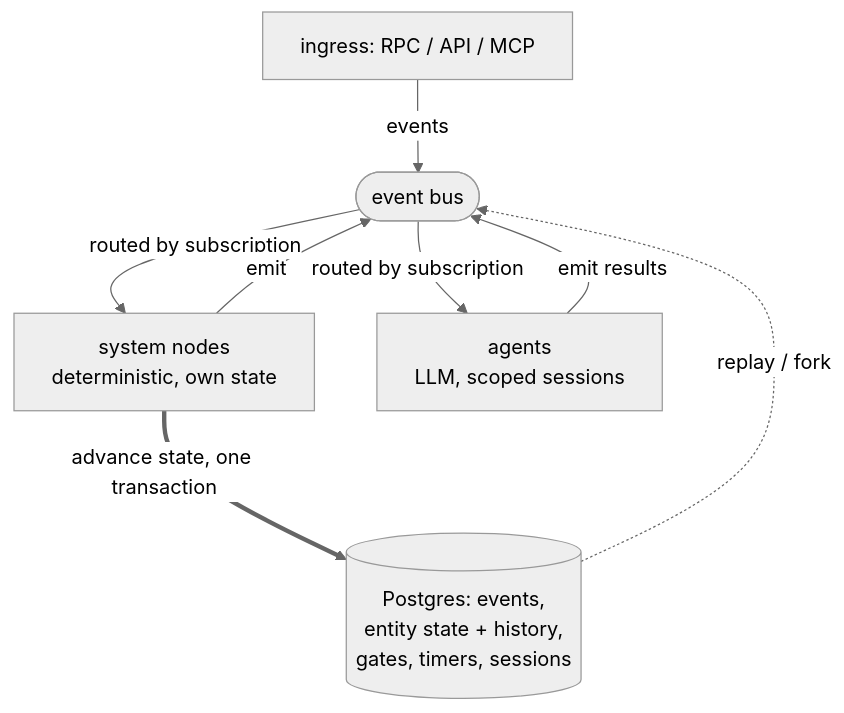
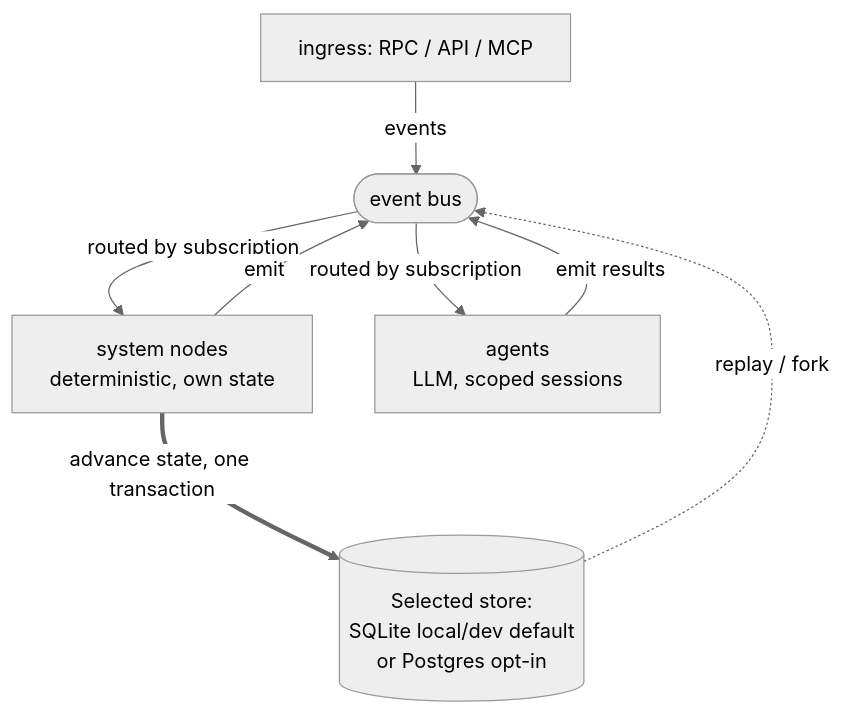
One commit to division-sh/swarm changed the diagram in README.md. Above: the diagram before and after it, drawn with Mermaid (neutral theme). The commit also changed other lines of this file and 3 other files, not shown here.

Commit message:
docs: close sqlite default rollout proof

````diff
--- a/README.md
+++ b/README.md
@@ -259,10 +287,10 @@
 ```mermaid
 flowchart TB
     ING["ingress: RPC / API / MCP"] -->|events| BUS(["event bus"])
     BUS -->|"routed by subscription"| SN["system nodes<br/>deterministic, own state"]
     BUS -->|"routed by subscription"| AG["agents<br/>LLM, scoped sessions"]
     SN -->|emit| BUS
     AG -->|"emit results"| BUS
-    SN ==>|"advance state, one transaction"| PG[("Postgres: events,<br/>entity state + history,<br/>gates, timers, sessions")]
-    PG -.->|"replay / fork"| BUS
+    SN ==>|"advance state, one transaction"| STORE[("Selected store:<br/>SQLite local/dev default<br/>or Postgres opt-in")]
+    STORE -.->|"replay / fork"| BUS
 ```
````
